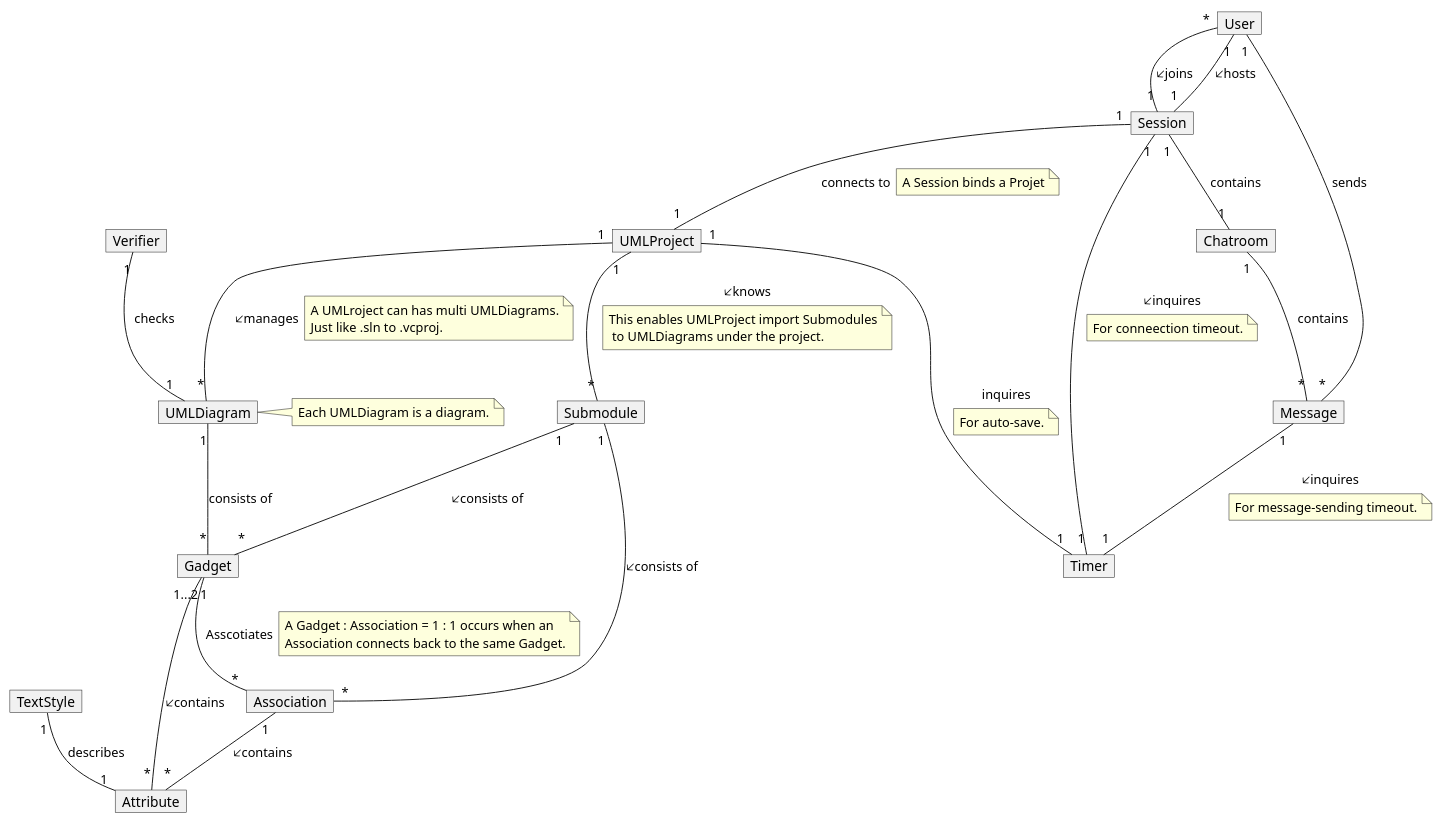
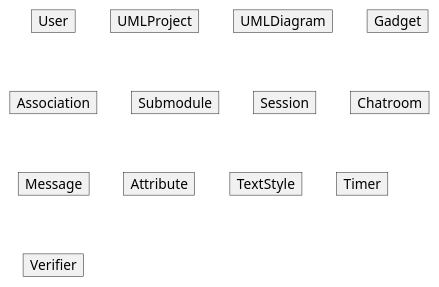
The diagram in docs/graphs/dm.iuml (Vghxv/Dr.UML__________________), drawn with PlantUML before and after one commit. The commit also changed 3 other files, not shown here.

First line of the commit message:
Update UML diagram and fix typo in attribute name

```diff
--- a/docs/graphs/dm.iuml
+++ b/docs/graphs/dm.iuml
@@ -1,141 +1,90 @@
 @startuml
 hide circle
-'hide method
 hide attribute
-'hide link
 
 
     object User {
         id
         name
     }
 
     object UMLProject {
         id
         name
         lastEdit
     }
 
     object UMLDiagram {
         filename
         type
-        backgoundColor
+        backgroundColor
         lastEdit
     }
-    note right
-        Each UMLDiagram is a diagram.
-    end note
+'    note right
+'        Each UMLDiagram is a diagram.
+'    end note
 
     object Gadget {
         gadgetType
         color
         position
         layer
     }
 
     object Association {
         associationType
         startPosition
         endPosition
         layer
     }
 
     object Submodule {
         id
         name
         Attribute
         lastEdit
     }
 
     object Session {
         id
         host
         startTime
         status
     }
 
     object Chatroom {
 
     }
 
     object Message {
         id
         sender
         content
         timestamp
     }
 
     object Attribute {
         id
         content
         position
     }
 
     object TextStyle {
         font
         fontsize
         isBold
         isItalic
         hasUnderline
     }
 
     object Timer {
         whenToTimeout
     }
 
 
     object Verifier {
         type
         status
     }
 
-
-    UMLProject "1" -- "*" UMLDiagram : 🡧manages
-    note right on link
-        A UMLroject can has multi UMLDiagrams.
-        Just like .sln to .vcproj.
-    end note
-
-    UMLDiagram "1" -- "*" Gadget : consists of
-    Submodule "1" -- "*" Gadget : 🡧consists of
-    Submodule "1" -- "*" Association : 🡧consists of
-    Gadget "1" -- "*" Attribute : 🡧contains
-    Association  "1" -- "*" Attribute : 🡧contains
-    Gadget "1...2" -- "*" Association : Asscotiates
-    note right on link
-        A Gadget : Association = 1 : 1 occurs when an
-        Association connects back to the same Gadget.
-    end note
-    UMLProject  "1" -- "*" Submodule : 🡧knows
-    note bottom on link
-        This enables UMLProject import Submodules
-         to UMLDiagrams under the project.
-    end note
-
-    User "1" -- "1" Session : 🡧hosts
-    User  "*" -- "1" Session : 🡧joins
-    Session "1" -- "1" UMLProject : connects to
-    note right on link
-        A Session binds a Projet
-    end note
-    Session "1" -- "1" Chatroom : contains
-    Chatroom "1" -- "*" Message : contains
-    User "1" -- "*" Message : sends
-    TextStyle "1" -- "1" Attribute : describes
-    UMLProject "1" -- "1" Timer : inquires
-    note bottom on link
-        For auto-save.
-    end note
-    Session "1" -- "1" Timer : 🡧inquires
-    note bottom on link
-            For conneection timeout.
-    end note
-    Message "1" -- "1" Timer : 🡧inquires
-    note bottom on link
-            For message-sending timeout.
-    end note
-    Verifier "1" -- "1" UMLDiagram : checks
-
-
-
 @endtuml
```
